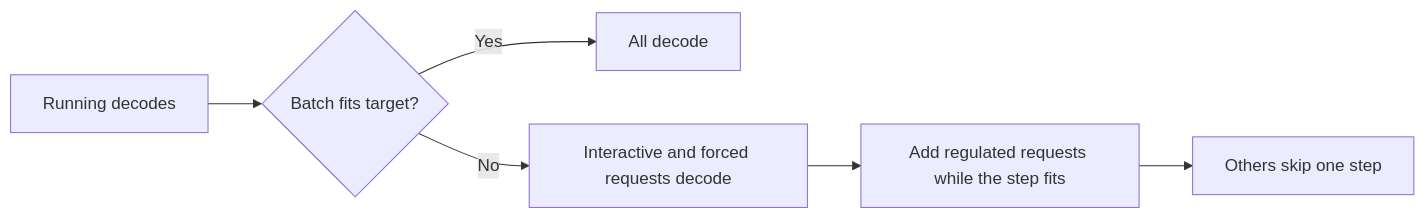
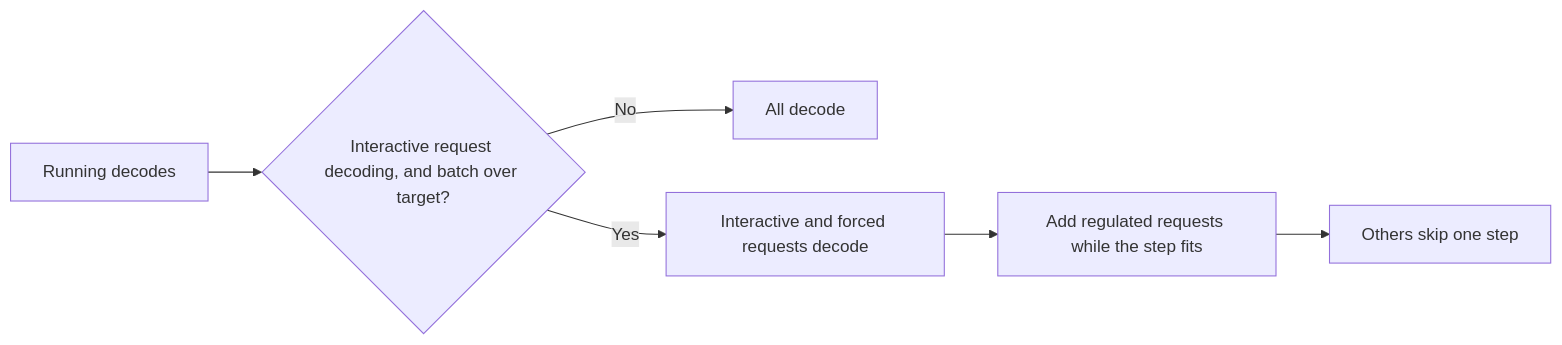
One commit to anjalibshah/dynamo changed the diagram in docs/fern/pages/use-cases/agents/decode-regulation.md. Above: the diagram before and after it, drawn with Mermaid. The commit also changed other lines of this file and 2 other files, not shown here.

First line of the commit message:
feat(vllm): regulate decodes only while an interactive request is decoding

````diff
--- a/docs/fern/pages/use-cases/agents/decode-regulation.md
+++ b/docs/fern/pages/use-cases/agents/decode-regulation.md
@@ -40,8 +40,8 @@
 ```mermaid
 flowchart LR
-    A[Running decodes] --> B{Batch fits target?}
-    B -->|Yes| C[All decode]
-    B -->|No| D[Interactive and forced requests decode]
+    A[Running decodes] --> B{Interactive request decoding, and batch over target?}
+    B -->|No| C[All decode]
+    B -->|Yes| D[Interactive and forced requests decode]
     D --> E[Add regulated requests while the step fits]
     E --> F[Others skip one step]
 ```
````
